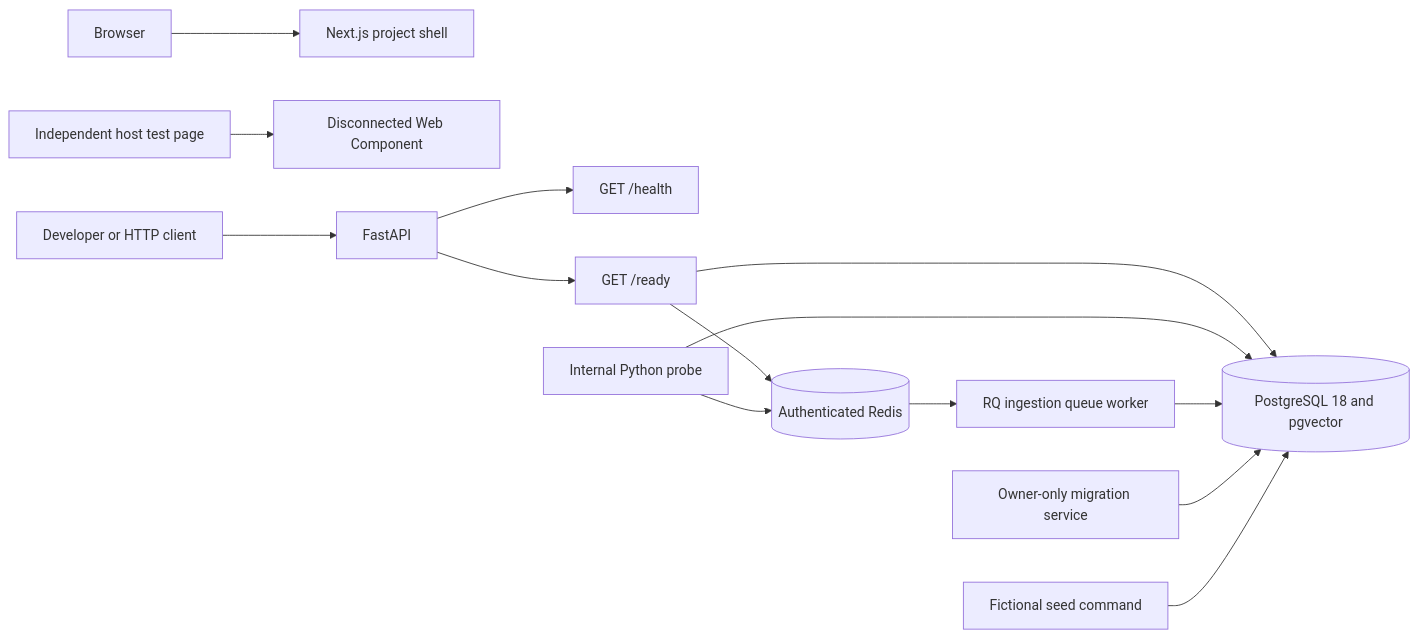
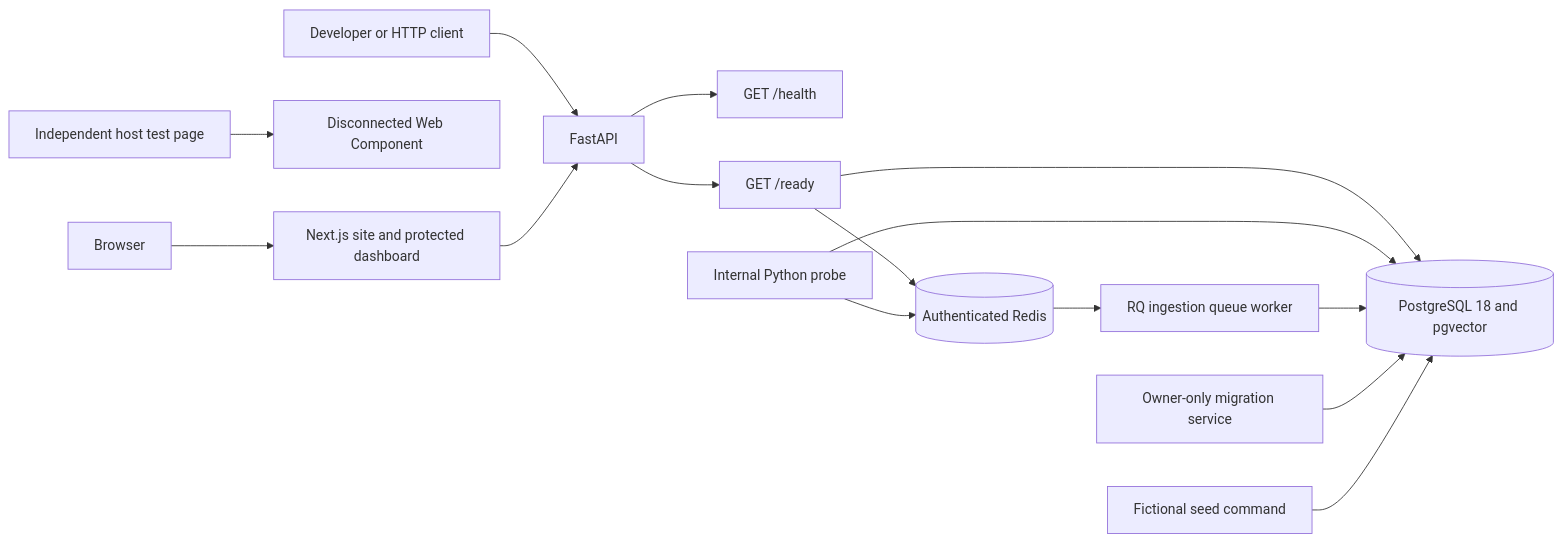
The first of 2 diagrams in docs/architecture.md (iamhamzakhokhar/ai-knowledge-assistant), drawn with Mermaid before and after one commit. The commit also changed other lines of this file and 38 other files, not shown here.

````diff
--- a/docs/architecture.md
+++ b/docs/architecture.md
@@ -9,16 +9,17 @@
 ```mermaid
 flowchart LR
-    Browser[Browser] --> Web[Next.js project shell]
+    Browser[Browser] --> Web[Next.js site and protected dashboard]
     HostPage[Independent host test page] --> Widget[Disconnected Web Component]
     Client[Developer or HTTP client] --> API[FastAPI]
+    Web --> API
     API --> Liveness[GET /health]
     API --> Readiness[GET /ready]
     Readiness --> DB[(PostgreSQL 18 and pgvector)]
     Readiness --> Redis[(Authenticated Redis)]
     Probe[Internal Python probe] --> DB
     Probe --> Redis
     Redis --> Worker[RQ ingestion queue worker]
     Worker --> DB
     Migrate[Owner-only migration service] --> DB
     Seed[Fictional seed command] --> DB
 ```
````
